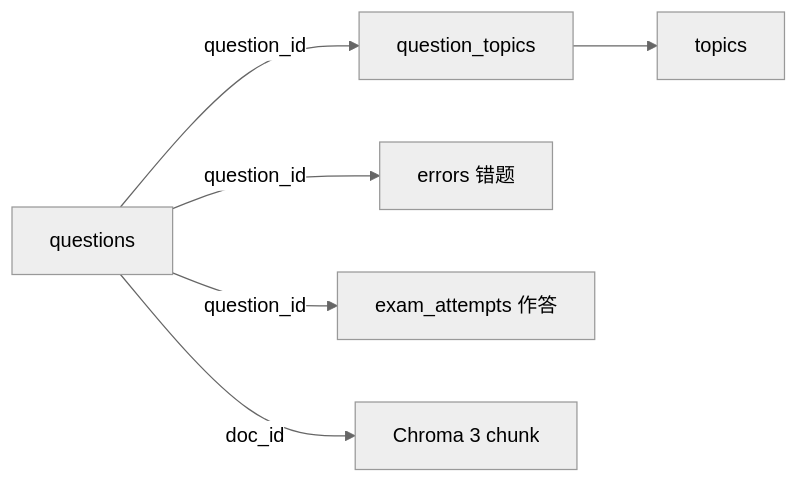
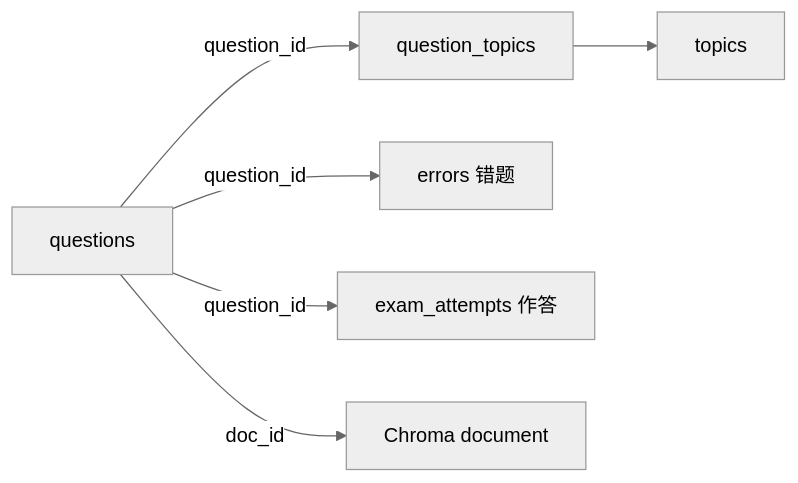
One commit to ttzc/gaokao_rag changed the diagram in docs/store/db/questions.md. Above: the diagram before and after it, drawn with Mermaid (neutral theme). The commit also changed other lines of this file and 5 other files, not shown here.

First line of the commit message:
docs: Chroma 入库单位改「一篇完整 document」（题目/讲解各一篇，切片细则 V0.3 定）

````diff
--- a/docs/store/db/questions.md
+++ b/docs/store/db/questions.md
@@ -52,8 +52,8 @@
 ```mermaid
 flowchart LR
     Q[questions] -->|question_id| QT[question_topics]
     Q -->|question_id| E[errors 错题]
     Q -->|question_id| EA[exam_attempts 作答]
-    Q -->|doc_id| C[Chroma 3 chunk]
+    Q -->|doc_id| C[Chroma document]
     QT --> T[topics]
 ```
````
